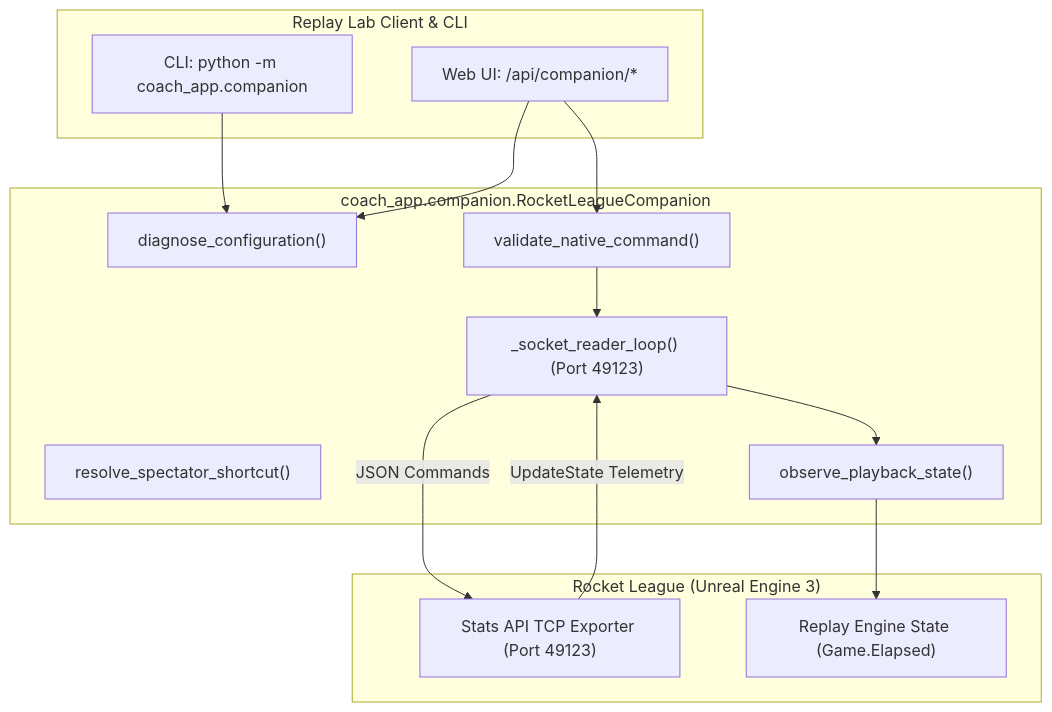
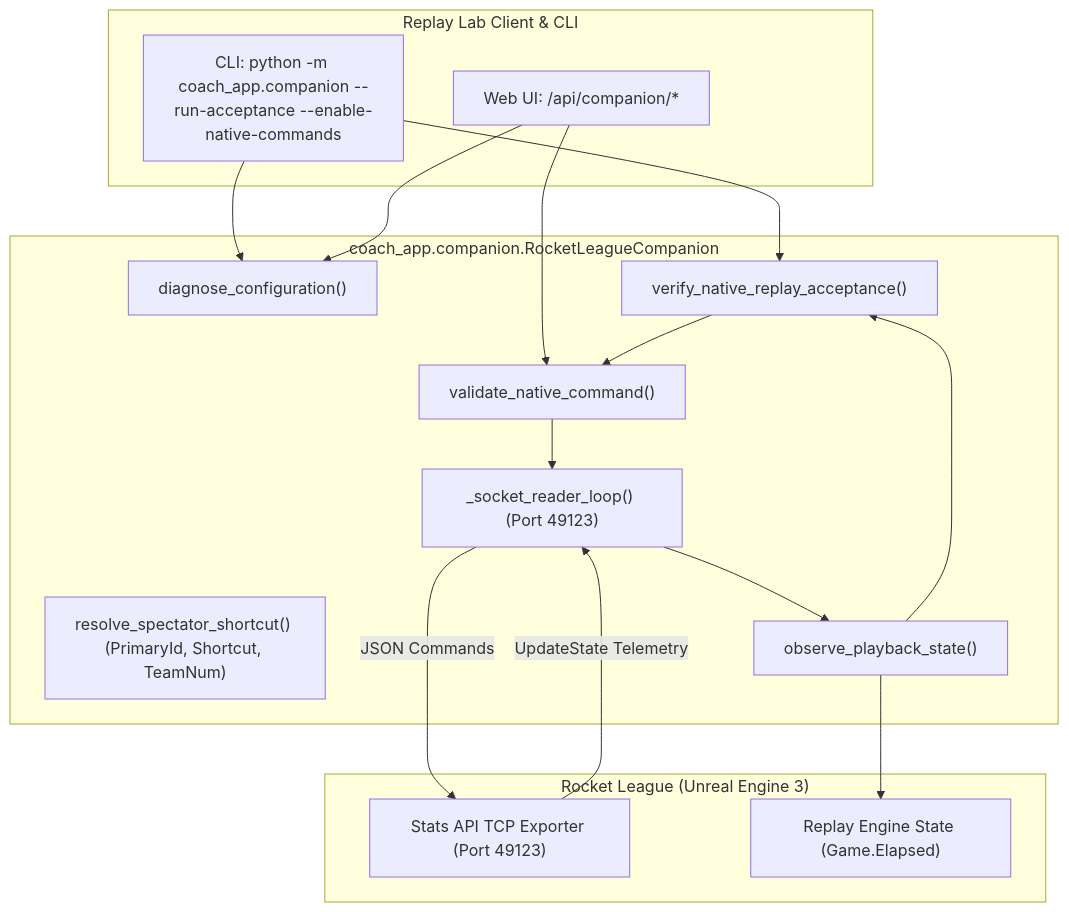
One commit to mechanicalengineringst-png/rocket-league-video-mcp changed the diagram in docs/research/ROUND_7_NATIVE_COMPANION_PROOF_REPORT.md. Above: the diagram before and after it, drawn with Mermaid. The commit also changed other lines of this file and 2 other files, not shown here.

Commit message:
fix(native): address PR #28 review - strict telemetry player mapping, opt-in enforcement, verified acceptance & portable tests

````diff
--- a/docs/research/ROUND_7_NATIVE_COMPANION_PROOF_REPORT.md
+++ b/docs/research/ROUND_7_NATIVE_COMPANION_PROOF_REPORT.md
@@ -68,29 +65,33 @@
 ```mermaid
 flowchart TD
     subgraph Client ["Replay Lab Client & CLI"]
-        CLI["CLI: python -m coach_app.companion"]
+        CLI["CLI: python -m coach_app.companion --run-acceptance --enable-native-commands"]
         WebUI["Web UI: /api/companion/*"]
     end
 
     subgraph Companion ["coach_app.companion.RocketLeagueCompanion"]
         Diag["diagnose_configuration()"]
-        Resolver["resolve_spectator_shortcut()"]
+        Resolver["resolve_spectator_shortcut() (PrimaryId, Shortcut, TeamNum)"]
         Validator["validate_native_command()"]
         Observer["observe_playback_state()"]
+        Verifier["verify_native_replay_acceptance()"]
         SocketLoop["_socket_reader_loop() (Port 49123)"]
     end
 
     subgraph NativeRL ["Rocket League (Unreal Engine 3)"]
         ExStream["Stats API TCP Exporter (Port 49123)"]
         RLState["Replay Engine State (Game.Elapsed)"]
     end
 
     CLI --> Diag
     WebUI --> Diag
     WebUI --> Validator
+    CLI --> Verifier
+    Verifier --> Validator
     Validator --> SocketLoop
     SocketLoop -->|JSON Commands| ExStream
     ExStream -->|UpdateState Telemetry| SocketLoop
     SocketLoop --> Observer
+    Observer --> Verifier
     Observer --> RLState
 ```
````
